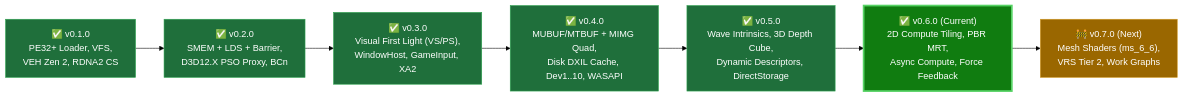
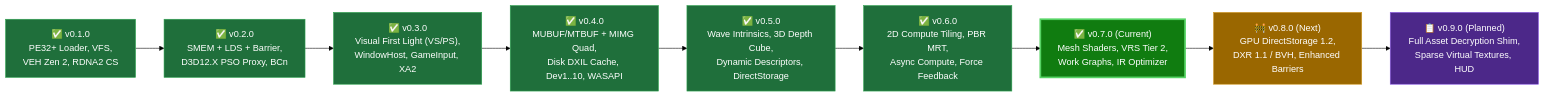
Before and after one commit to Batushn/KestrelX: the first of 4 diagrams in README.md, drawn with Mermaid (forest theme). The commit also changed other lines of this file, not shown here.

Commit message:
docs: expand README with v0.7.0 architecture visuals, IR pipeline diagram & v0.8/v0.9 roadmaps

````diff
--- a/README.md
+++ b/README.md
@@ -72,20 +72,24 @@
 ```mermaid
 flowchart LR
     M1["✅ v0.1.0<br/>PE32+ Loader, VFS,<br/>VEH Zen 2, RDNA2 CS"]
     M2["✅ v0.2.0<br/>SMEM + LDS + Barrier,<br/>D3D12.X PSO Proxy, BCn"]
     M3["✅ v0.3.0<br/>Visual First Light (VS/PS),<br/>WindowHost, GameInput, XA2"]
     M4["✅ v0.4.0<br/>MUBUF/MTBUF + MIMG Quad,<br/>Disk DXIL Cache, Dev1..10, WASAPI"]
     M5["✅ v0.5.0<br/>Wave Intrinsics, 3D Depth Cube,<br/>Dynamic Descriptors, DirectStorage"]
-    M6["✅ v0.6.0 (Current)<br/>2D Compute Tiling, PBR MRT,<br/>Async Compute, Force Feedback"]
-    M7["🚧 v0.7.0 (Next)<br/>Mesh Shaders (ms_6_6),<br/>VRS Tier 2, Work Graphs"]
+    M6["✅ v0.6.0<br/>2D Compute Tiling, PBR MRT,<br/>Async Compute, Force Feedback"]
+    M7["✅ v0.7.0 (Current)<br/>Mesh Shaders, VRS Tier 2,<br/>Work Graphs, IR Optimizer"]
+    M8["🚧 v0.8.0 (Next)<br/>GPU DirectStorage 1.2,<br/>DXR 1.1 / BVH, Enhanced Barriers"]
+    M9["📋 v0.9.0 (Planned)<br/>Full Asset Decryption Shim,<br/>Sparse Virtual Textures, HUD"]
 
-    M1 --> M2 --> M3 --> M4 --> M5 --> M6 --> M7
+    M1 --> M2 --> M3 --> M4 --> M5 --> M6 --> M7 --> M8 --> M9
 
     style M1 fill:#1f6f3b,stroke:#2ea44f,color:#fff
     style M2 fill:#1f6f3b,stroke:#2ea44f,color:#fff
     style M3 fill:#1f6f3b,stroke:#2ea44f,color:#fff
     style M4 fill:#1f6f3b,stroke:#2ea44f,color:#fff
     style M5 fill:#1f6f3b,stroke:#2ea44f,color:#fff
-    style M6 fill:#107c10,stroke:#56d364,stroke-width:3px,color:#fff
-    style M7 fill:#9a6700,stroke:#d29922,color:#fff
+    style M6 fill:#1f6f3b,stroke:#2ea44f,color:#fff
+    style M7 fill:#107c10,stroke:#56d364,stroke-width:3px,color:#fff
+    style M8 fill:#9a6700,stroke:#d29922,color:#fff
+    style M9 fill:#4c2889,stroke:#8957e5,color:#fff
 ```
````
